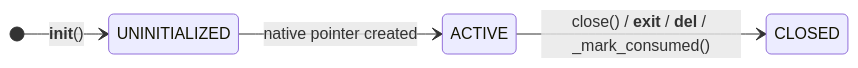
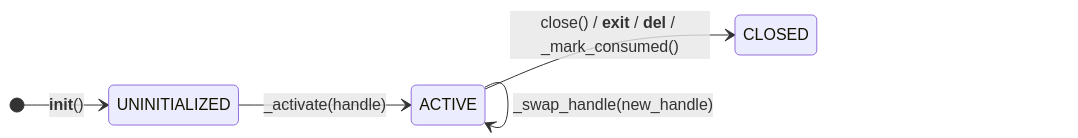
The second of 8 diagrams in docs/native-resources-management.md (contentauth/c2pa-python), drawn with Mermaid before and after one commit. The commit also changed other lines of this file, not shown here.

````diff
--- a/docs/native-resources-management.md
+++ b/docs/native-resources-management.md
@@ -119,7 +123,8 @@
 ```mermaid
 stateDiagram-v2
     direction LR
     [*] --> UNINITIALIZED : __init__()
-    UNINITIALIZED --> ACTIVE : native pointer created
+    UNINITIALIZED --> ACTIVE : _activate(handle)
+    ACTIVE --> ACTIVE : _swap_handle(new_handle)
     ACTIVE --> CLOSED : close() / __exit__ / __del__ / _mark_consumed()
 ```
````
